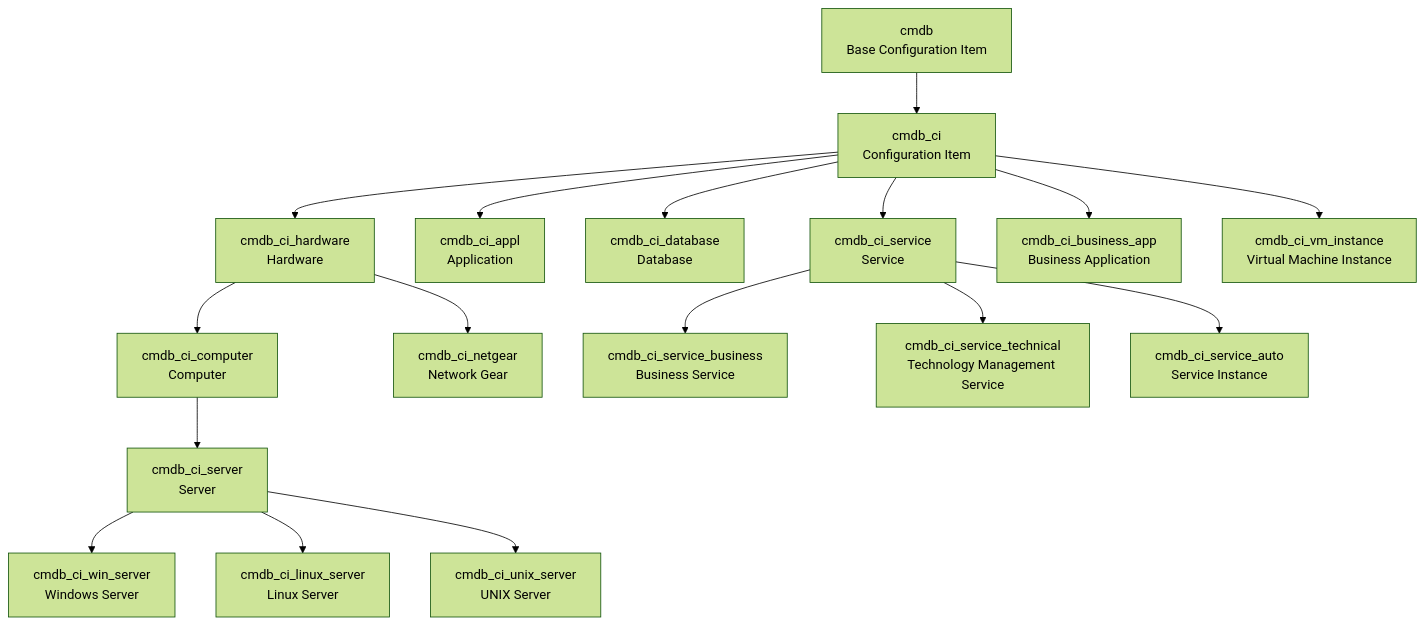
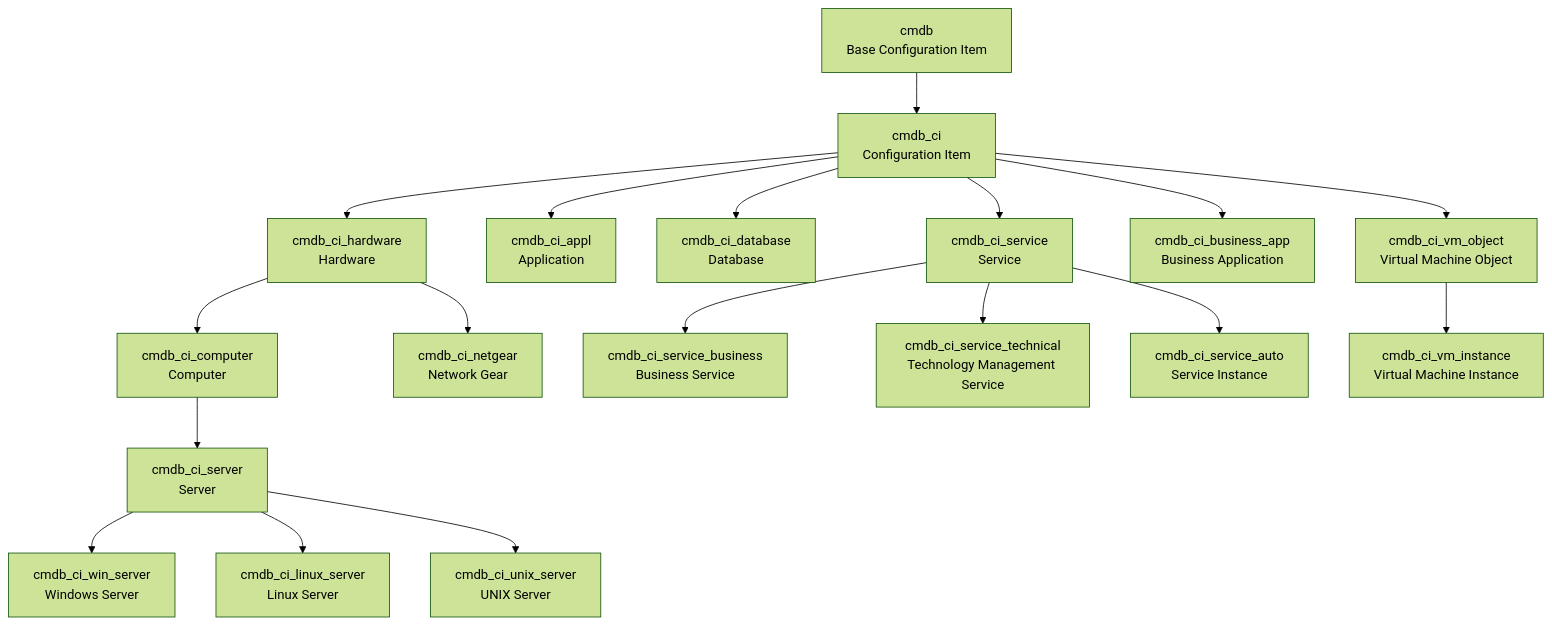
Before and after one commit to hidefumiagata/platform-doc: the first of 3 diagrams in ServiceNow/02_リファレンス/platform/cmdb-csdm.md, drawn with Mermaid (forest theme). The commit also changed other lines of this file and 346 other files, not shown here.

````diff
--- a/ServiceNow/02_リファレンス/platform/cmdb-csdm.md
+++ b/ServiceNow/02_リファレンス/platform/cmdb-csdm.md
@@ -87,19 +88,20 @@
 ```mermaid
 graph TD
   CMDB["cmdb<br/>Base Configuration Item"] --> CI["cmdb_ci<br/>Configuration Item"]
   CI --> HW["cmdb_ci_hardware<br/>Hardware"]
   HW --> COMP["cmdb_ci_computer<br/>Computer"]
   COMP --> SRV["cmdb_ci_server<br/>Server"]
   SRV --> WIN["cmdb_ci_win_server<br/>Windows Server"]
   SRV --> LNX["cmdb_ci_linux_server<br/>Linux Server"]
   SRV --> UNX["cmdb_ci_unix_server<br/>UNIX Server"]
   HW --> NET["cmdb_ci_netgear<br/>Network Gear"]
   CI --> APPL["cmdb_ci_appl<br/>Application"]
   CI --> DB["cmdb_ci_database<br/>Database"]
   CI --> SVC["cmdb_ci_service<br/>Service"]
   SVC --> BSVC["cmdb_ci_service_business<br/>Business Service"]
   SVC --> TSVC["cmdb_ci_service_technical<br/>Technology Management Service"]
   SVC --> AUTO["cmdb_ci_service_auto<br/>Service Instance"]
   CI --> BAPP["cmdb_ci_business_app<br/>Business Application"]
-  CI --> VMI["cmdb_ci_vm_instance<br/>Virtual Machine Instance"]
+  CI --> VMO["cmdb_ci_vm_object<br/>Virtual Machine Object"]
+  VMO --> VMI["cmdb_ci_vm_instance<br/>Virtual Machine Instance"]
 ```
````
